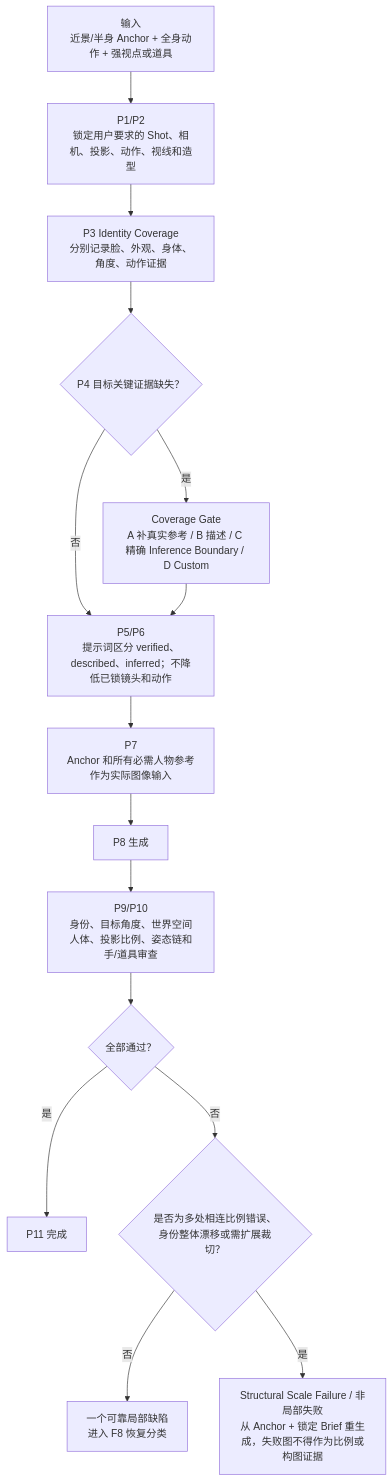
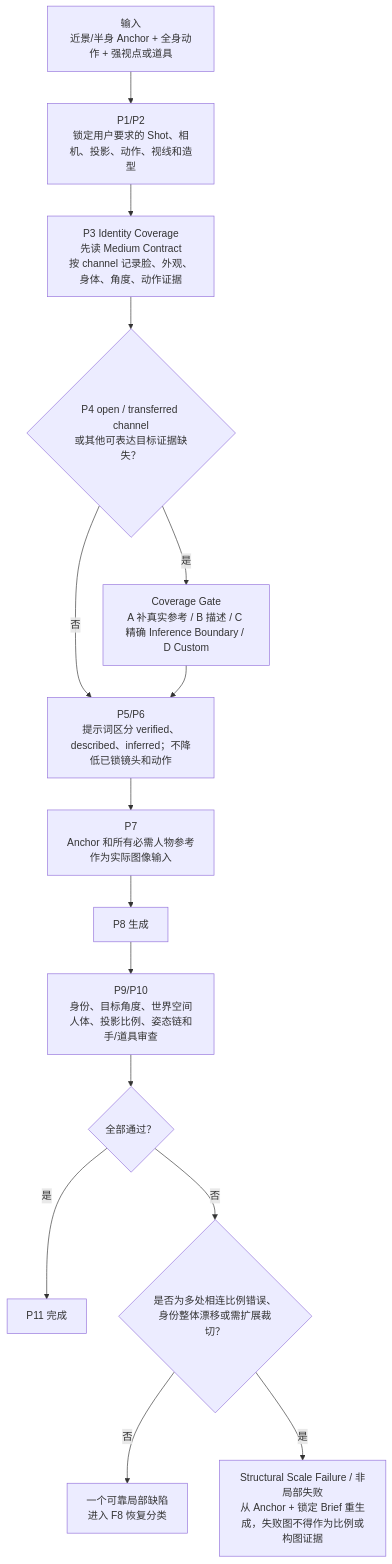
The eighth of 13 diagrams in docs/architecture.md (cyaoc/cast-me), drawn with Mermaid before and after one commit. The commit also changed other lines of this file and 4 other files, not shown here.

````diff
--- a/docs/architecture.md
+++ b/docs/architecture.md
@@ -342,17 +342,17 @@
 ```mermaid
 flowchart TD
     U["输入<br/>近景/半身 Anchor + 全身动作 + 强视点或道具"] --> LOCKS["P1/P2<br/>锁定用户要求的 Shot、相机、投影、动作、视线和造型"]
-    LOCKS --> C["P3 Identity Coverage<br/>分别记录脸、外观、身体、角度、动作证据"]
-    C --> GAP{"P4 目标关键证据缺失？"}
+    LOCKS --> C["P3 Identity Coverage<br/>先读 Medium Contract<br/>按 channel 记录脸、外观、身体、角度、动作证据"]
+    C --> GAP{"P4 open / transferred channel<br/>或其他可表达目标证据缺失？"}
     GAP -- 是 --> G["Coverage Gate<br/>A 补真实参考 / B 描述 / C 精确 Inference Boundary / D Custom"]
     GAP -- 否 --> P
     G --> P["P5/P6<br/>提示词区分 verified、described、inferred；不降低已锁镜头和动作"]
     P --> I["P7<br/>Anchor 和所有必需人物参考作为实际图像输入"]
     I --> GEN["P8 生成"]
     GEN --> R["P9/P10<br/>身份、目标角度、世界空间人体、投影比例、姿态链和手/道具审查"]
     R --> PASS{"全部通过？"}
     PASS -- 是 --> O["P11 完成"]
     PASS -- 否 --> FAIL{"是否为多处相连比例错误、身份整体漂移或需扩展裁切？"}
     FAIL -- 否 --> LOCAL["一个可靠局部缺陷<br/>进入 F8 恢复分类"]
     FAIL -- 是 --> REGEN["Structural Scale Failure / 非局部失败<br/>从 Anchor + 锁定 Brief 重生成，失败图不得作为比例或构图证据"]
 ```
````
